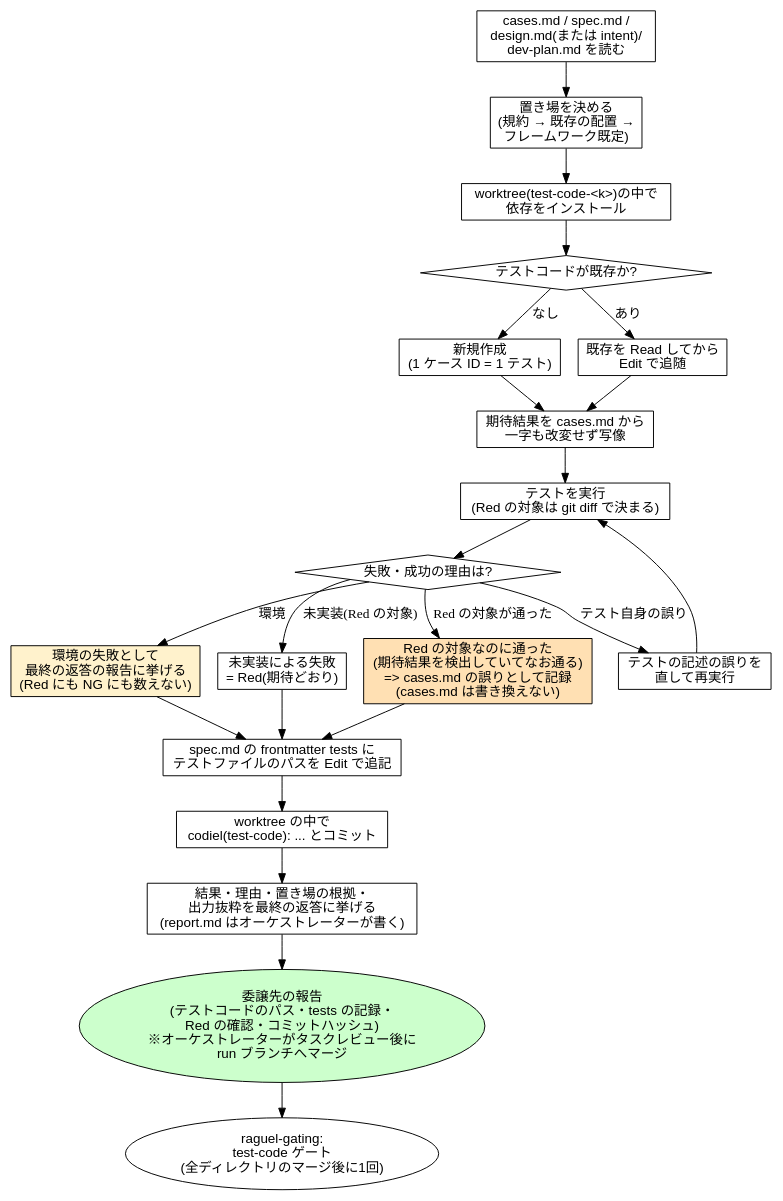
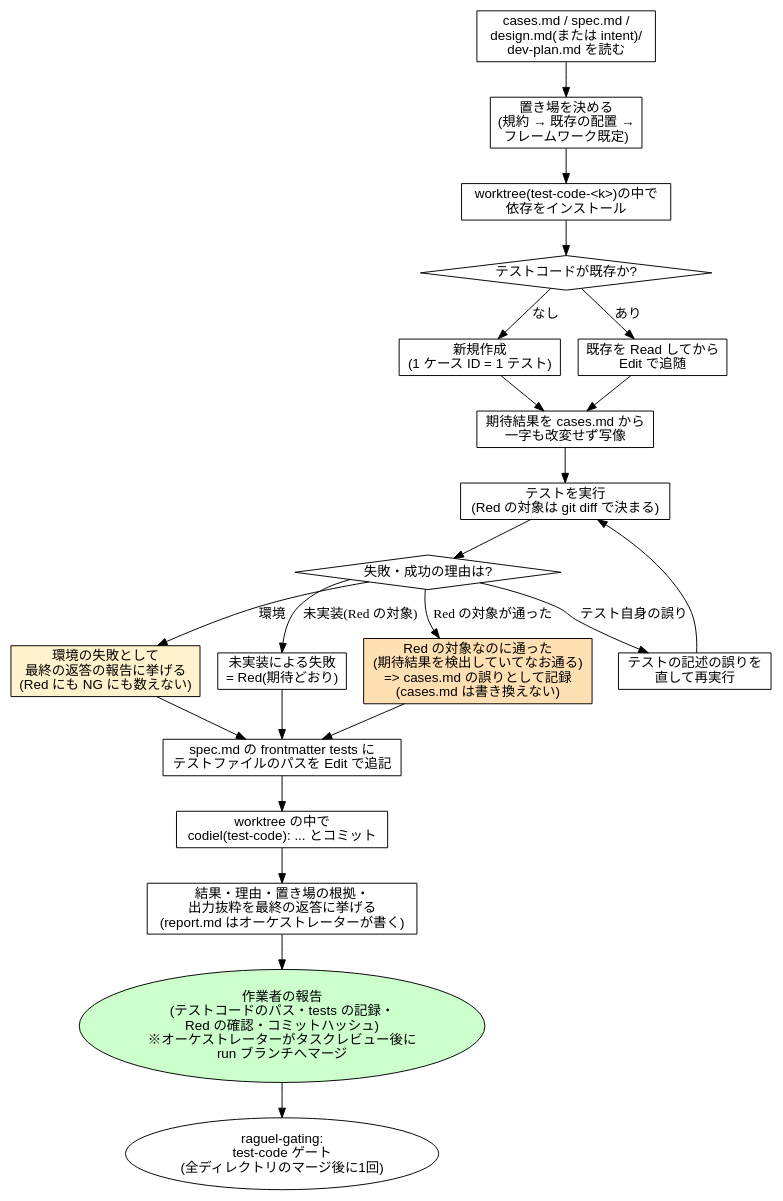
Before and after one commit to Amatsuka-kobo/amatsuka-claude-plugins: the seventh of 14 diagrams in plugins/codiel/docs/skill-flowcharts.md, drawn with Graphviz. The commit also changed other lines of this file and 4 other files, not shown here.

````diff
--- a/plugins/codiel/docs/skill-flowcharts.md
+++ b/plugins/codiel/docs/skill-flowcharts.md
@@ -252,41 +252,41 @@
 ```dot
 digraph scripting_tests {
   rankdir=TB;
   node [fontname="sans-serif"];
 
   read_inputs [label="cases.md / spec.md /\ndesign.md(または intent)/\ndev-plan.md を読む", shape=box];
   decide_place [label="置き場を決める\n(規約 → 既存の配置 →\nフレームワーク既定)", shape=box];
   install [label="worktree(test-code-<k>)の中で\n依存をインストール", shape=box];
   exists [label="テストコードが既存か?", shape=diamond];
   create [label="新規作成\n(1 ケース ID = 1 テスト)", shape=box];
   update [label="既存を Read してから\nEdit で追随", shape=box];
   map_expect [label="期待結果を cases.md から\n一字も改変せず写像", shape=box];
   run [label="テストを実行\n(Red の対象は git diff で決まる)", shape=box];
   reason [label="失敗・成功の理由は?", shape=diamond];
   env_fail [label="環境の失敗として\n最終の返答の報告に挙げる\n(Red にも NG にも数えない)", shape=box, style=filled, fillcolor="#fff2cc"];
   test_bug [label="テストの記述の誤りを\n直して再実行", shape=box];
   red_ok [label="未実装による失敗\n= Red(期待どおり)", shape=box];
   cases_wrong [label="Red の対象なのに通った\n(期待結果を検出していてなお通る)\n=> cases.md の誤りとして記録\n(cases.md は書き換えない)", shape=box, style=filled, fillcolor="#ffe0b3"];
   record_tests [label="spec.md の frontmatter tests に\nテストファイルのパスを Edit で追記", shape=box];
   commit [label="worktree の中で\ncodiel(test-code): ... とコミット", shape=box];
   report [label="結果・理由・置き場の根拠・\n出力抜粋を最終の返答に挙げる\n(report.md はオーケストレーターが書く)", shape=box];
-  done [label="委譲先の報告\n(テストコードのパス・tests の記録・\nRed の確認・コミットハッシュ)\n※オーケストレーターがタスクレビュー後に\nrun ブランチへマージ", shape=ellipse, style=filled, fillcolor="#ccffcc"];
+  done [label="作業者の報告\n(テストコードのパス・tests の記録・\nRed の確認・コミットハッシュ)\n※オーケストレーターがタスクレビュー後に\nrun ブランチへマージ", shape=ellipse, style=filled, fillcolor="#ccffcc"];
   gate [label="raguel-gating:\ntest-code ゲート\n(全ディレクトリのマージ後に1回)", shape=ellipse];
 
   read_inputs -> decide_place -> install -> exists;
   exists -> create [label="なし"];
   exists -> update [label="あり"];
   create -> map_expect;
   update -> map_expect;
   map_expect -> run -> reason;
   reason -> env_fail [label="環境"];
   reason -> test_bug [label="テスト自身の誤り"];
   reason -> red_ok [label="未実装(Red の対象)"];
   reason -> cases_wrong [label="Red の対象が通った"];
   test_bug -> run;
   red_ok -> record_tests;
   cases_wrong -> record_tests;
   env_fail -> record_tests;
   record_tests -> commit -> report -> done -> gate;
 }
 ```
````
